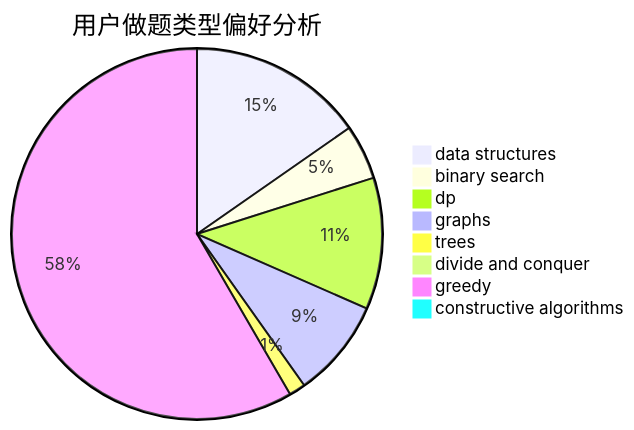
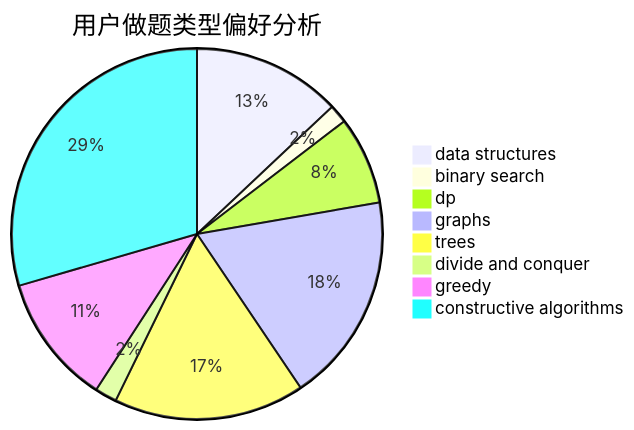
One commit to sherpahu/cfrs.github.io changed the second of 3 diagrams in docs/user/u1189.md. Above: the diagram before and after it, drawn with Mermaid. The commit also changed other lines of this file and 2770 other files, not shown here.

````diff
--- a/docs/user/u1189.md
+++ b/docs/user/u1189.md
@@ -23,11 +23,11 @@
 ```mermaid
 pie title 用户做题类型偏好分析
-    "data structures" :  32
-    "binary search" :  10
-    "dp" :  24
-    "graphs" :  18
-    "trees" :  3
-    "divide and conquer" :  0
-    "greedy" :  122
-    "constructive algorithms" :  0
+    "data structures" :  88
+    "binary search" :  11
+    "dp" :  52
+    "graphs" :  124
+    "trees" :  113
+    "divide and conquer" :  13
+    "greedy" :  77
+    "constructive algorithms" :  200
 ```
````
